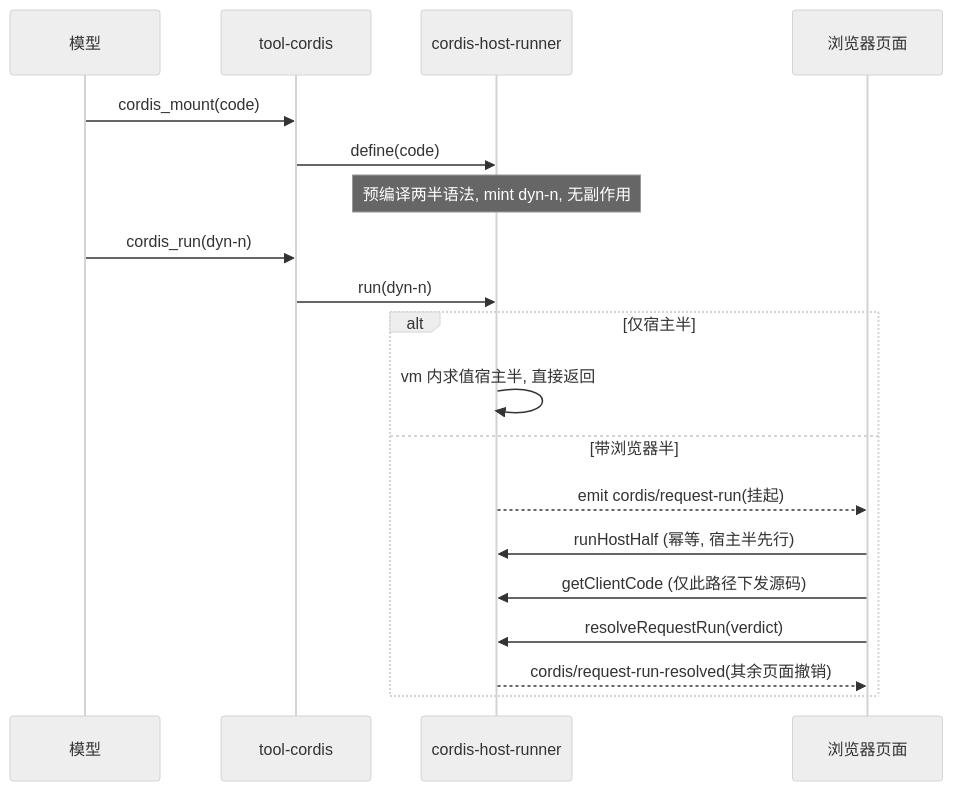
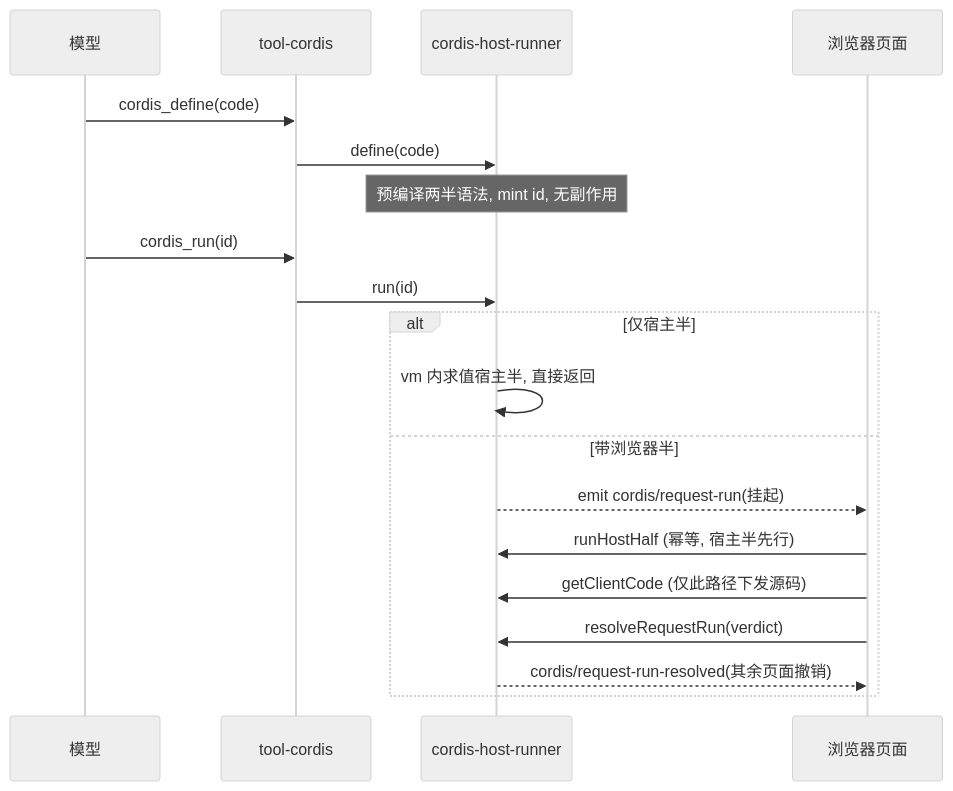
Before and after one commit to xiaonancs/deepseek-harness-deep-dive: the third of 4 diagrams in Part II Source Analysis/18-互操作与自我修改.md, drawn with Mermaid. The commit also changed other lines of this file and 34 other files, not shown here.

````diff
--- a/Part II Source Analysis/18-互操作与自我修改.md
+++ b/Part II Source Analysis/18-互操作与自我修改.md
@@ -115,22 +115,22 @@
 ```mermaid
 %%{init: {'theme':'neutral'}}%%
 sequenceDiagram
   participant M as 模型
   participant T as tool-cordis
   participant H as cordis-host-runner
   participant P as 浏览器页面
-  M->>T: cordis_mount(code)
+  M->>T: cordis_define(code)
   T->>H: define(code)
-  Note over H: 预编译两半语法, mint dyn-n, 无副作用
-  M->>T: cordis_run(dyn-n)
-  T->>H: run(dyn-n)
+  Note over H: 预编译两半语法, mint id, 无副作用
+  M->>T: cordis_run(id)
+  T->>H: run(id)
   alt 仅宿主半
     H->>H: vm 内求值宿主半, 直接返回
   else 带浏览器半
     H-->>P: emit cordis/request-run(挂起)
     P->>H: runHostHalf (幂等, 宿主半先行)
     P->>H: getClientCode (仅此路径下发源码)
     P->>H: resolveRequestRun(verdict)
     H-->>P: cordis/request-run-resolved(其余页面撤销)
   end
 ```
````
